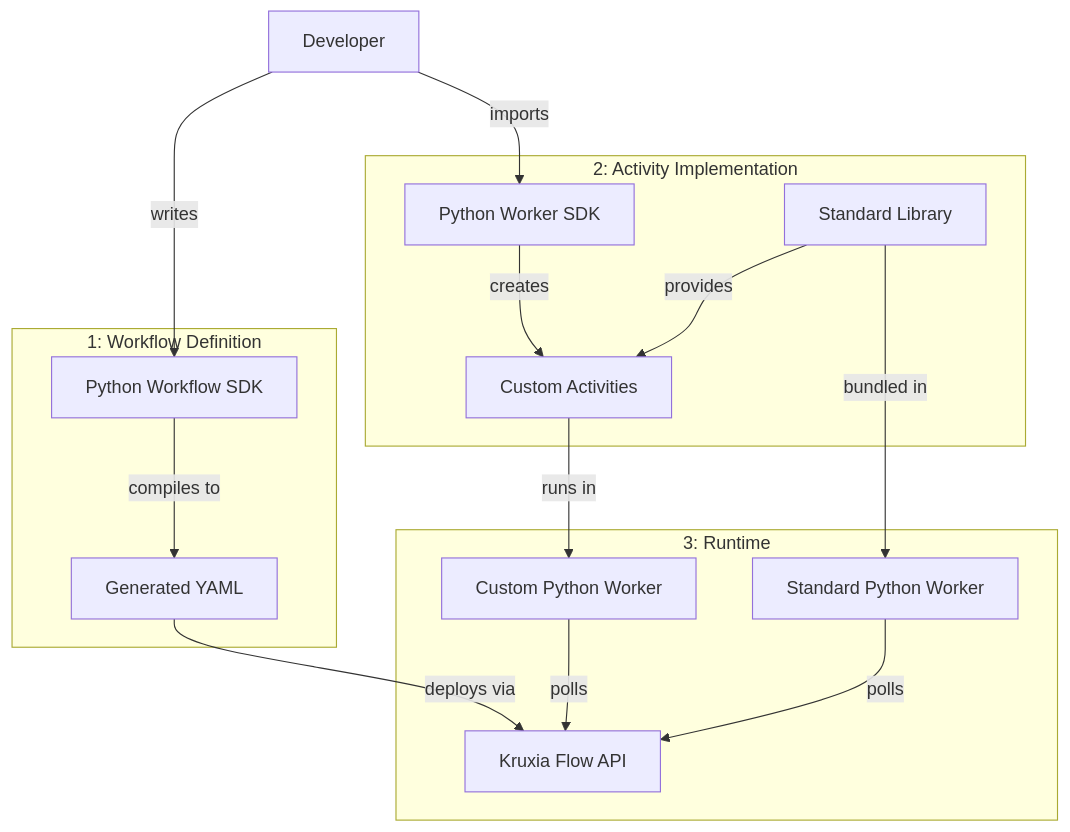
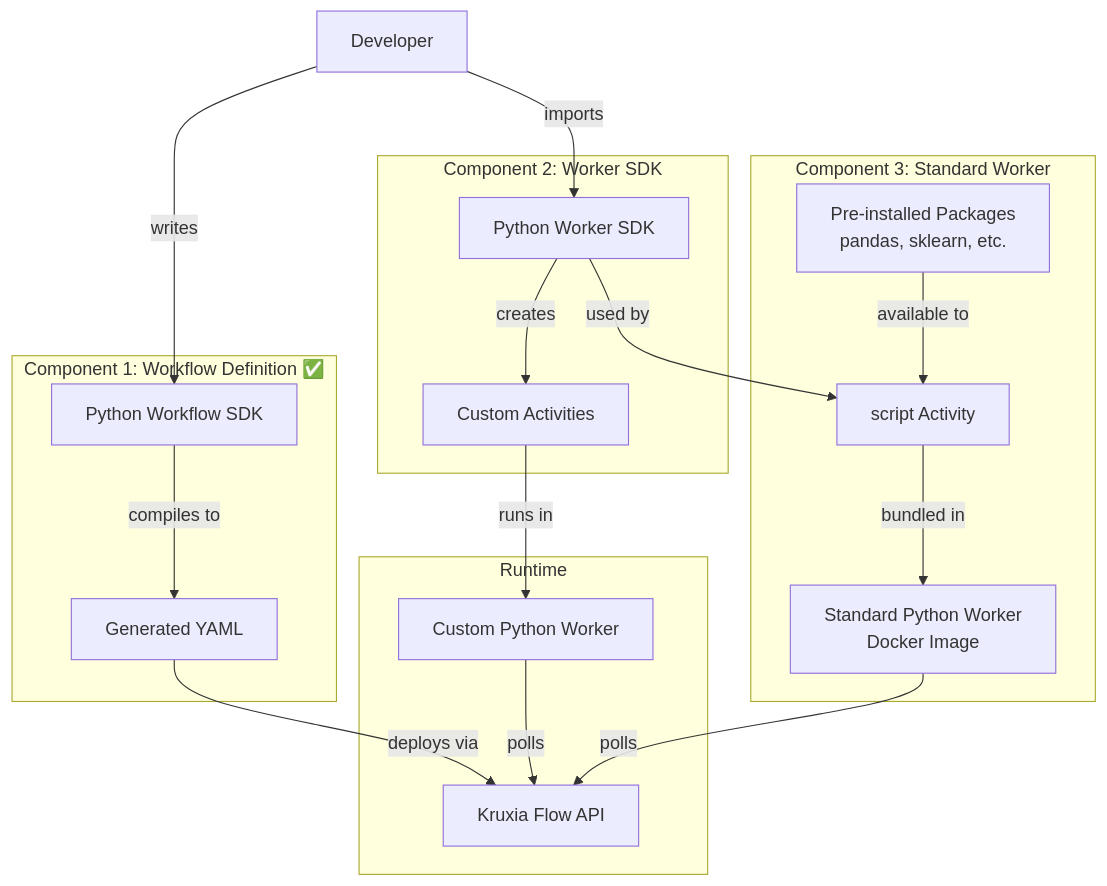
One commit to kruxia/kruxiaflow changed the diagram in docs/implementation/python-sdk-implementation-plan.md. Above: the diagram before and after it, drawn with Mermaid. The commit also changed other lines of this file and 39 other files, not shown here.

Commit message:
python worker sdk

````diff
--- a/docs/implementation/python-sdk-implementation-plan.md
+++ b/docs/implementation/python-sdk-implementation-plan.md
@@ -61,35 +68,40 @@
 ```mermaid
 flowchart TB
     User[Developer]
 
-    subgraph "1: Workflow Definition"
+    subgraph "Component 1: Workflow Definition ✅"
         PyDef[Python Workflow SDK]
         YAML[Generated YAML]
     end
 
-    subgraph "2: Activity Implementation"
+    subgraph "Component 2: Worker SDK"
         WorkerSDK[Python Worker SDK]
         CustomAct[Custom Activities]
-        StdLib[Standard Library]
     end
 
-    subgraph "3: Runtime"
-        StdWorker[Standard Python Worker]
+    subgraph "Component 3: Standard Worker"
+        StdWorker[Standard Python Worker<br/>Docker Image]
+        ScriptAct[script Activity]
+        Packages[Pre-installed Packages<br/>pandas, sklearn, etc.]
+    end
+
+    subgraph "Runtime"
         CustomWorker[Custom Python Worker]
         API[Kruxia Flow API]
     end
 
     User -->|writes| PyDef
     PyDef -->|compiles to| YAML
     YAML -->|deploys via| API
 
     User -->|imports| WorkerSDK
     WorkerSDK -->|creates| CustomAct
-    StdLib -->|provides| CustomAct
+    WorkerSDK -->|used by| ScriptAct
 
     CustomAct -->|runs in| CustomWorker
-    StdLib -->|bundled in| StdWorker
+    ScriptAct -->|bundled in| StdWorker
+    Packages -->|available to| ScriptAct
 
     CustomWorker -->|polls| API
     StdWorker -->|polls| API
 ```
````
